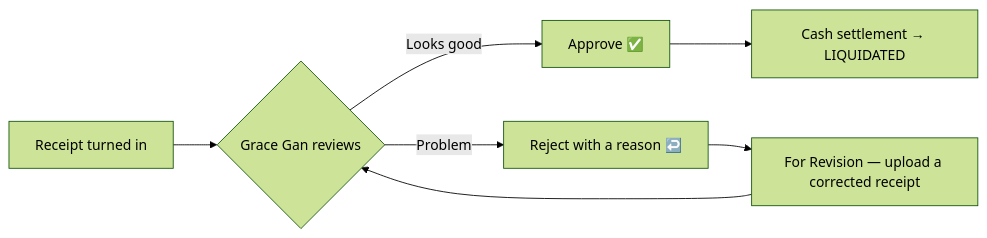
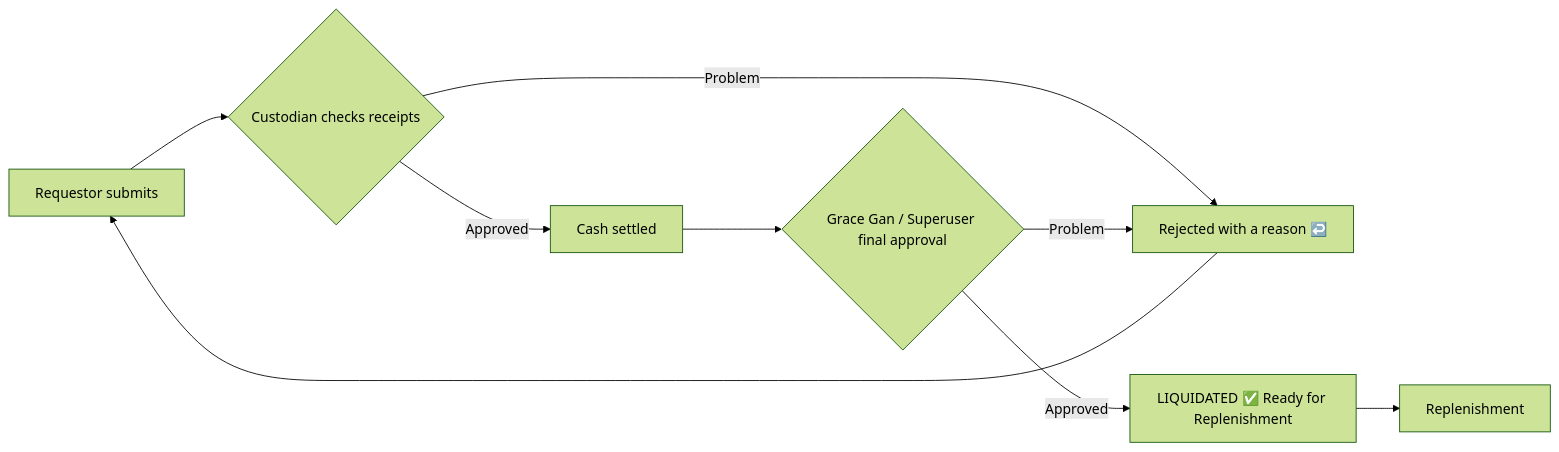
The fourth of 4 diagrams in USER_GUIDE.md (A1plusStarkson/PCF-Portal), drawn with Mermaid (forest theme) before and after one commit. The commit also changed other lines of this file and 12 other files, not shown here.

````diff
--- a/USER_GUIDE.md
+++ b/USER_GUIDE.md
@@ -376,9 +415,11 @@
 ```mermaid
 flowchart LR
-    R[Receipt turned in] --> V{Grace Gan reviews}
-    V -- Looks good --> A[Approve ✅]
-    V -- Problem --> X[Reject with a reason ↩️]
-    A --> Z[Cash settlement → LIQUIDATED]
-    X --> Y[For Revision — upload a corrected receipt]
-    Y --> V
+    S[Requestor submits] --> C{Custodian checks receipts}
+    C -- Problem --> X[Rejected with a reason ↩️]
+    C -- Approved --> T[Cash settled]
+    T --> G{Grace Gan / Superuser final approval}
+    G -- Problem --> X
+    G -- Approved --> R[LIQUIDATED ✅ Ready for Replenishment]
+    R --> P[Replenishment]
+    X --> S
 ```
````
